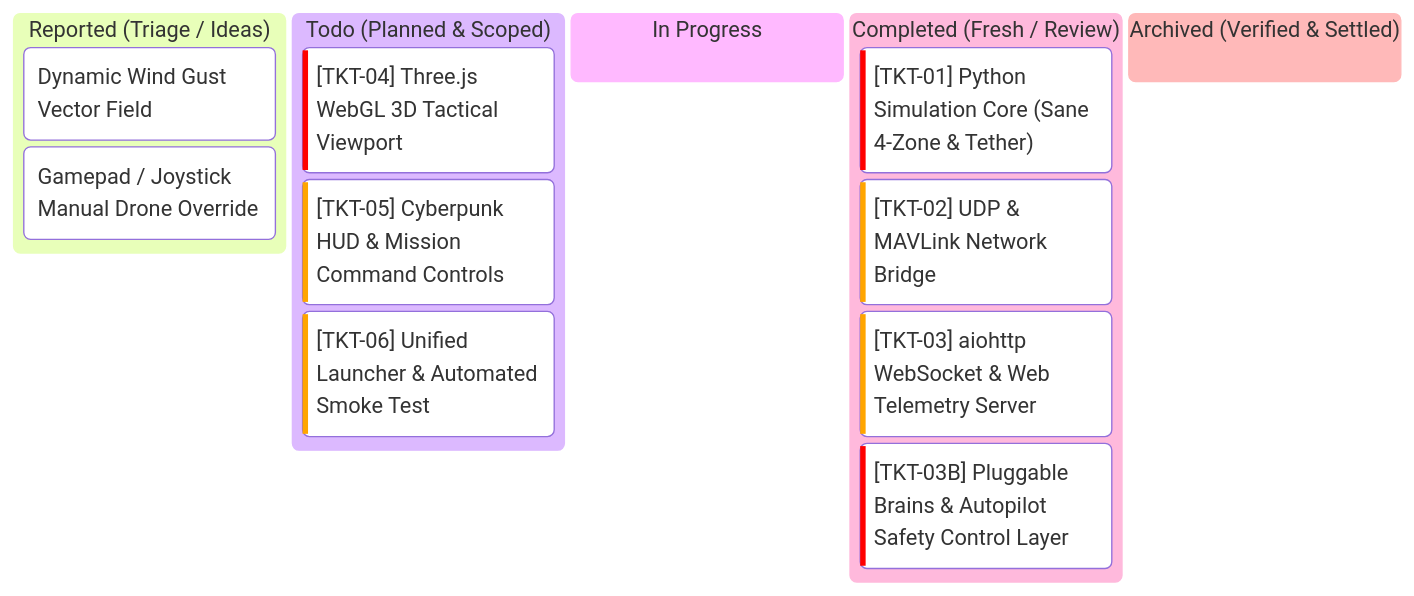
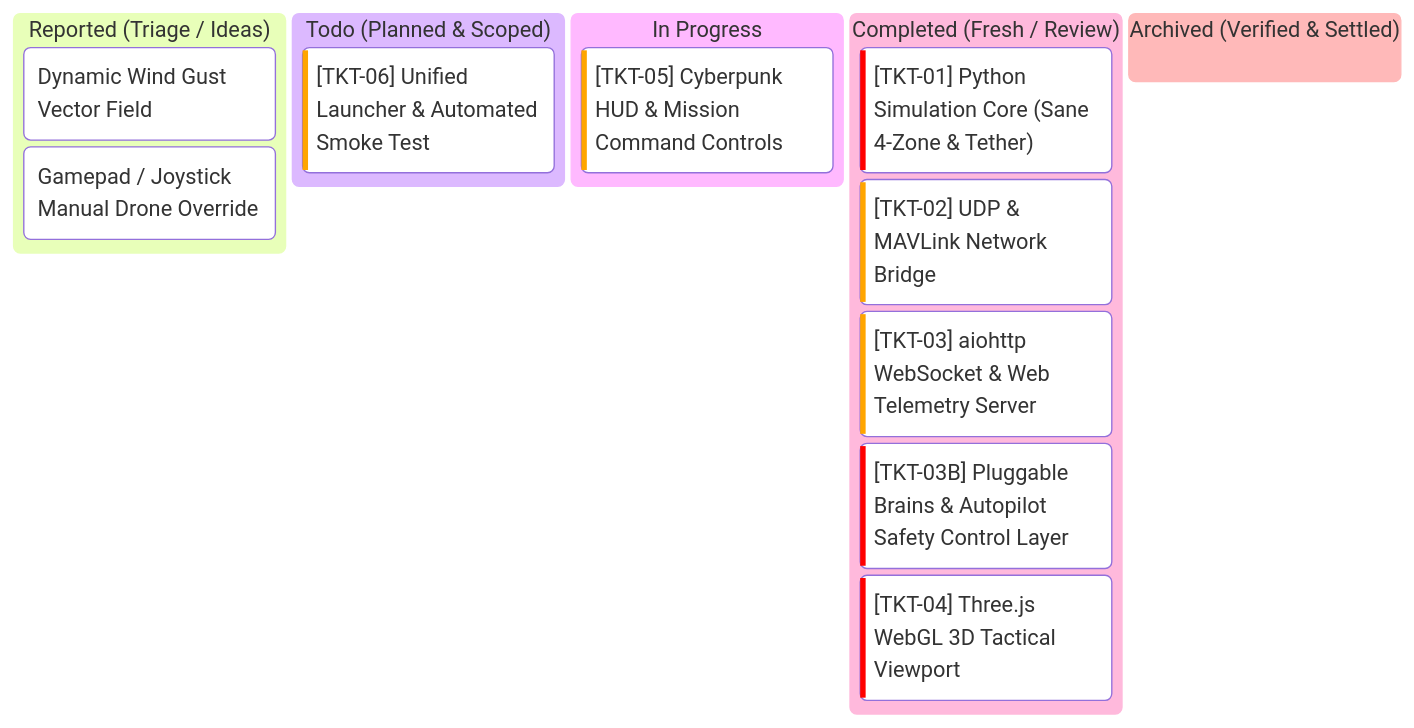
The diagram in kanban.md (AlitheiaDeus/SwarmTech_v3-Uprising), drawn with Mermaid before and after one commit. The commit also changed other lines of this file and 9 other files, not shown here.

Commit message:
feat(frontend): implement Three.js WebGL 3D tactical viewport [TKT-04]

````diff
--- a/kanban.md
+++ b/kanban.md
@@ -7,17 +7,17 @@
 ```mermaid
 kanban
   reported["Reported (Triage / Ideas)"]
     idea1["Dynamic Wind Gust Vector Field"]
     idea2["Gamepad / Joystick Manual Drone Override"]
   todo["Todo (Planned & Scoped)"]
-    tkt4["[TKT-04] Three.js WebGL 3D Tactical Viewport"]@{ priority: 'Very High' }
-    tkt5["[TKT-05] Cyberpunk HUD & Mission Command Controls"]@{ priority: 'High' }
     tkt6["[TKT-06] Unified Launcher & Automated Smoke Test"]@{ priority: 'High' }
   in_progress["In Progress"]
+    tkt5["[TKT-05] Cyberpunk HUD & Mission Command Controls"]@{ priority: 'High' }
   completed["Completed (Fresh / Review)"]
     tkt1["[TKT-01] Python Simulation Core (Sane 4-Zone & Tether)"]@{ priority: 'Very High' }
     tkt2["[TKT-02] UDP & MAVLink Network Bridge"]@{ priority: 'High' }
     tkt3["[TKT-03] aiohttp WebSocket & Web Telemetry Server"]@{ priority: 'High' }
     tkt3b["[TKT-03B] Pluggable Brains & Autopilot Safety Control Layer"]@{ priority: 'Very High' }
+    tkt4["[TKT-04] Three.js WebGL 3D Tactical Viewport"]@{ priority: 'Very High' }
   archived["Archived (Verified & Settled)"]
 ```
````
